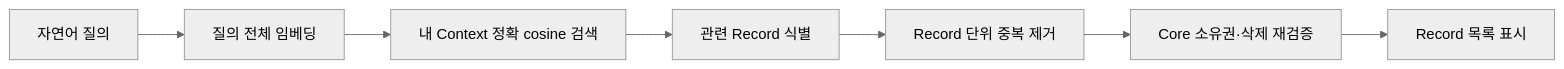
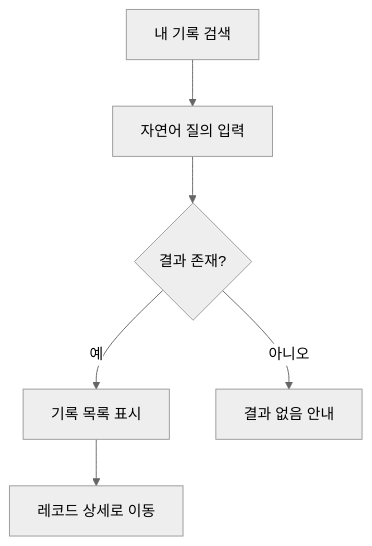
Before and after one commit to Team-PinLog/docs: the fourth of 12 diagrams in static/09_유저플로우.md, drawn with Mermaid (neutral theme). The commit also changed other lines of this file and 10 other files, not shown here.

````diff
--- a/static/09_유저플로우.md
+++ b/static/09_유저플로우.md
@@ -35,9 +97,8 @@
 ```mermaid
-flowchart LR
-    A[자연어 질의] --> B[질의 전체 임베딩]
-    B --> C[내 Context 정확 cosine 검색]
-    C --> D[관련 Record 식별]
-    D --> E[Record 단위 중복 제거]
-    E --> F[Core 소유권·삭제 재검증]
-    F --> G[Record 목록 표시]
+flowchart TD
+    A[내 기록 검색] --> B[자연어 질의 입력]
+    B --> C{결과 존재?}
+    C -- 예 --> D[기록 목록 표시]
+    C -- 아니오 --> E[결과 없음 안내]
+    D --> F[레코드 상세로 이동]
 ```
````
